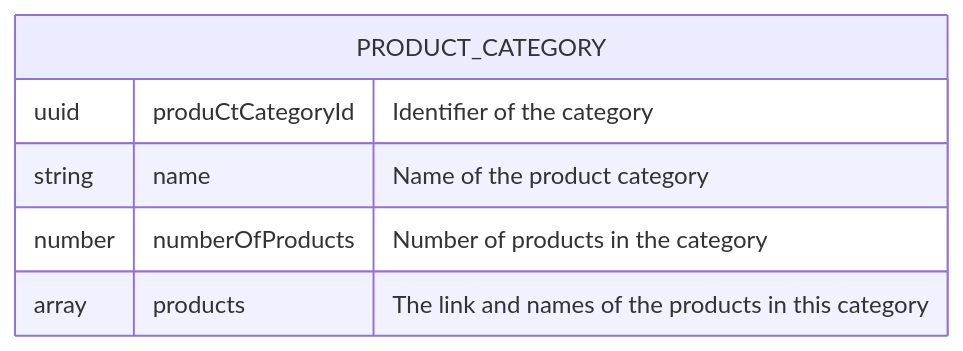
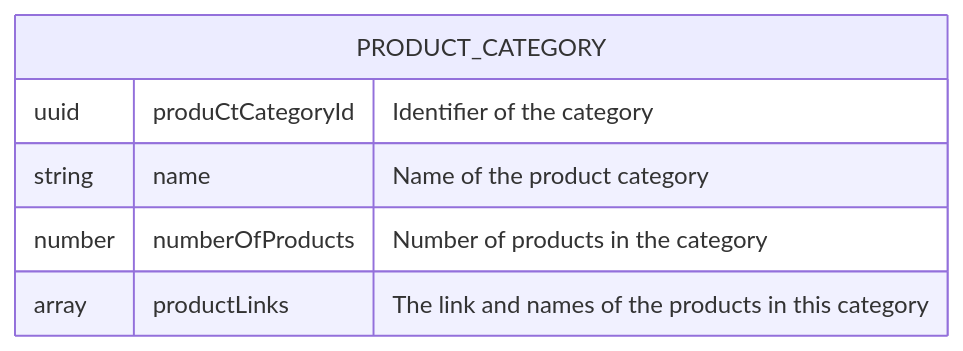
Before and after one commit to ikenna/AcmePetSupplies: the second of 5 diagrams in discovery.md, drawn with Mermaid. The commit also changed other lines of this file and 1 other file, not shown here.

Commit message:
Creating the Product Catalog API

````diff
--- a/discovery.md
+++ b/discovery.md
@@ -66,9 +66,9 @@
 ```mermaid
 erDiagram  
   PRODUCT_CATEGORY {
     uuid produCtCategoryId "Identifier of the category"
     string name "Name of the product category"
     number numberOfProducts "Number of products in the category"
-    array products "The link and names of the products in this category"
+    array productLinks "The link and names of the products in this category"
   }
 ```
````
